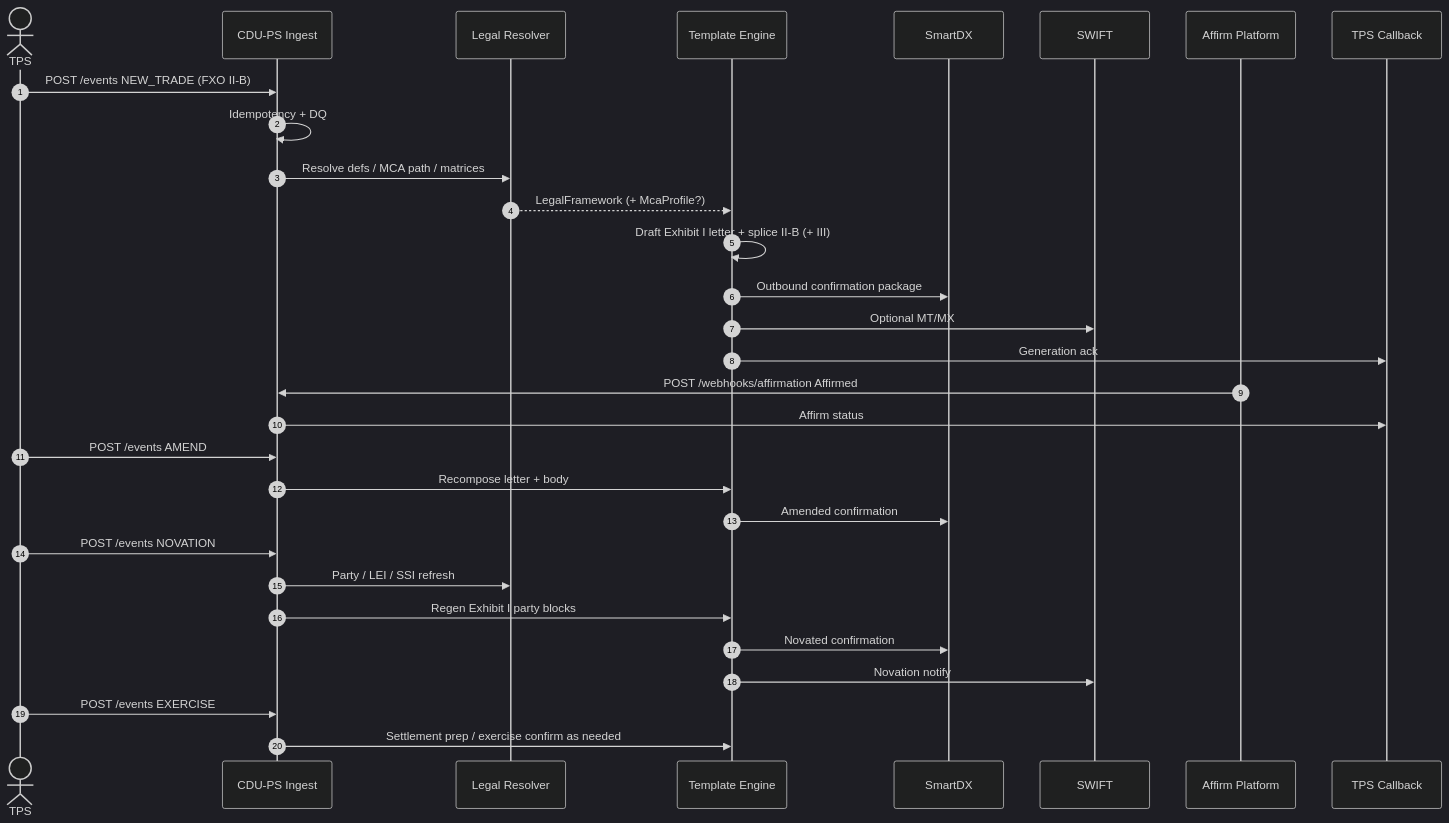
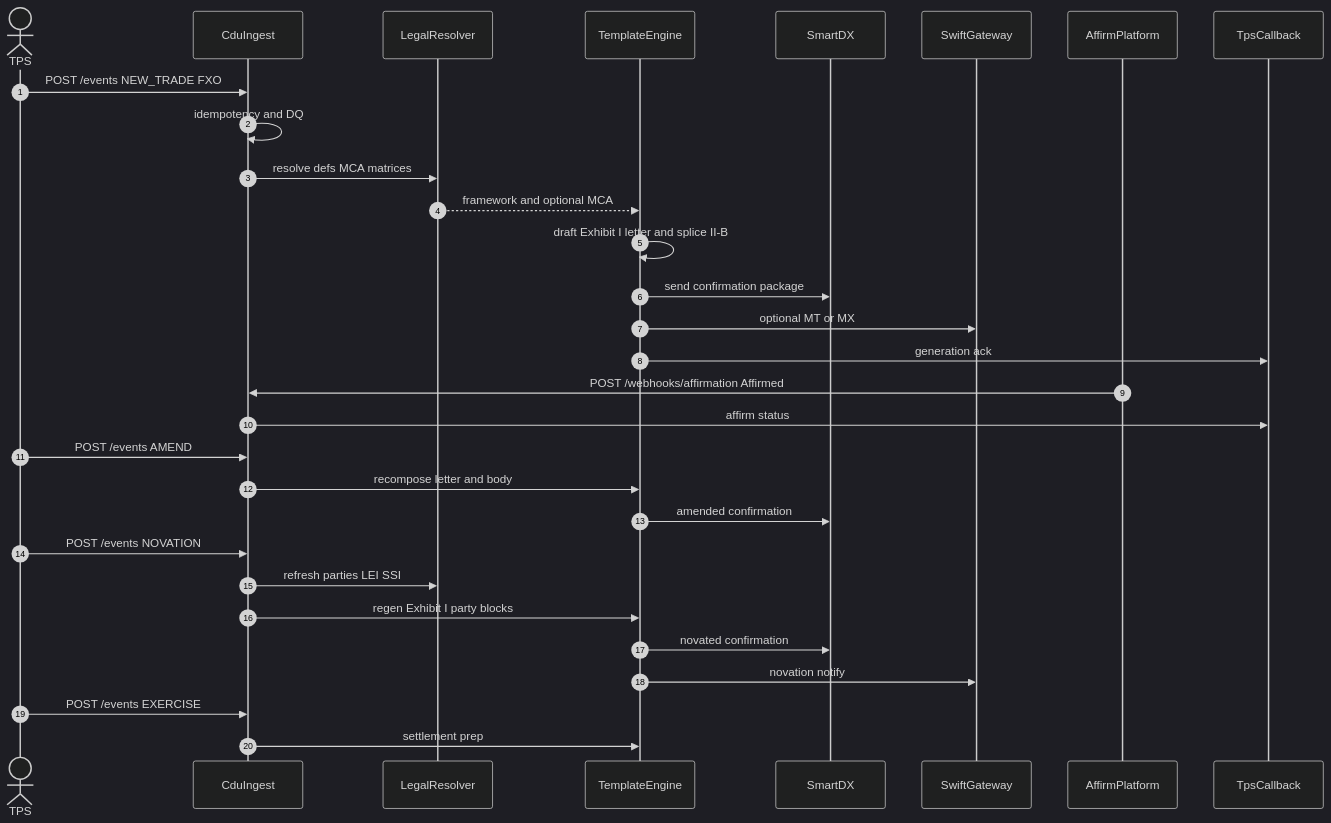
The eighth of 12 diagrams in docs/prd-cdu-ps-v1.md (dae-nan/con4m8ions), drawn with Mermaid (dark theme) before and after one commit. The commit also changed other lines of this file and 3 other files, not shown here.

First line of the commit message:
PRD v1.2: state diagrams, mermaid fix, LDM reconcile (CON-5)

````diff
--- a/docs/prd-cdu-ps-v1.md
+++ b/docs/prd-cdu-ps-v1.md
@@ -401,37 +463,37 @@
 ```mermaid
 sequenceDiagram
   autonumber
   actor TPS
-  participant Ingest as CDU-PS Ingest
-  participant Legal as Legal Resolver
-  participant Eng as Template Engine
+  participant Ingest as CduIngest
+  participant Legal as LegalResolver
+  participant Eng as TemplateEngine
   participant SDX as SmartDX
-  participant SWIFT as SWIFT
-  participant Affirm as Affirm Platform
-  participant CB as TPS Callback
+  participant SWIFT as SwiftGateway
+  participant Affirm as AffirmPlatform
+  participant CB as TpsCallback
 
-  TPS->>Ingest: POST /events NEW_TRADE (FXO II-B)
-  Ingest->>Ingest: Idempotency + DQ
-  Ingest->>Legal: Resolve defs / MCA path / matrices
-  Legal-->>Eng: LegalFramework (+ McaProfile?)
-  Eng->>Eng: Draft Exhibit I letter + splice II-B (+ III)
-  Eng->>SDX: Outbound confirmation package
-  Eng->>SWIFT: Optional MT/MX
-  Eng->>CB: Generation ack
+  TPS->>Ingest: POST /events NEW_TRADE FXO
+  Ingest->>Ingest: idempotency and DQ
+  Ingest->>Legal: resolve defs MCA matrices
+  Legal-->>Eng: framework and optional MCA
+  Eng->>Eng: draft Exhibit I letter and splice II-B
+  Eng->>SDX: send confirmation package
+  Eng->>SWIFT: optional MT or MX
+  Eng->>CB: generation ack
 
   Affirm->>Ingest: POST /webhooks/affirmation Affirmed
-  Ingest->>CB: Affirm status
+  Ingest->>CB: affirm status
 
   TPS->>Ingest: POST /events AMEND
-  Ingest->>Eng: Recompose letter + body
-  Eng->>SDX: Amended confirmation
+  Ingest->>Eng: recompose letter and body
+  Eng->>SDX: amended confirmation
 
   TPS->>Ingest: POST /events NOVATION
-  Ingest->>Legal: Party / LEI / SSI refresh
-  Ingest->>Eng: Regen Exhibit I party blocks
-  Eng->>SDX: Novated confirmation
-  Eng->>SWIFT: Novation notify
+  Ingest->>Legal: refresh parties LEI SSI
+  Ingest->>Eng: regen Exhibit I party blocks
+  Eng->>SDX: novated confirmation
+  Eng->>SWIFT: novation notify
 
   TPS->>Ingest: POST /events EXERCISE
-  Ingest->>Eng: Settlement prep / exercise confirm as needed
+  Ingest->>Eng: settlement prep
 ```
````
